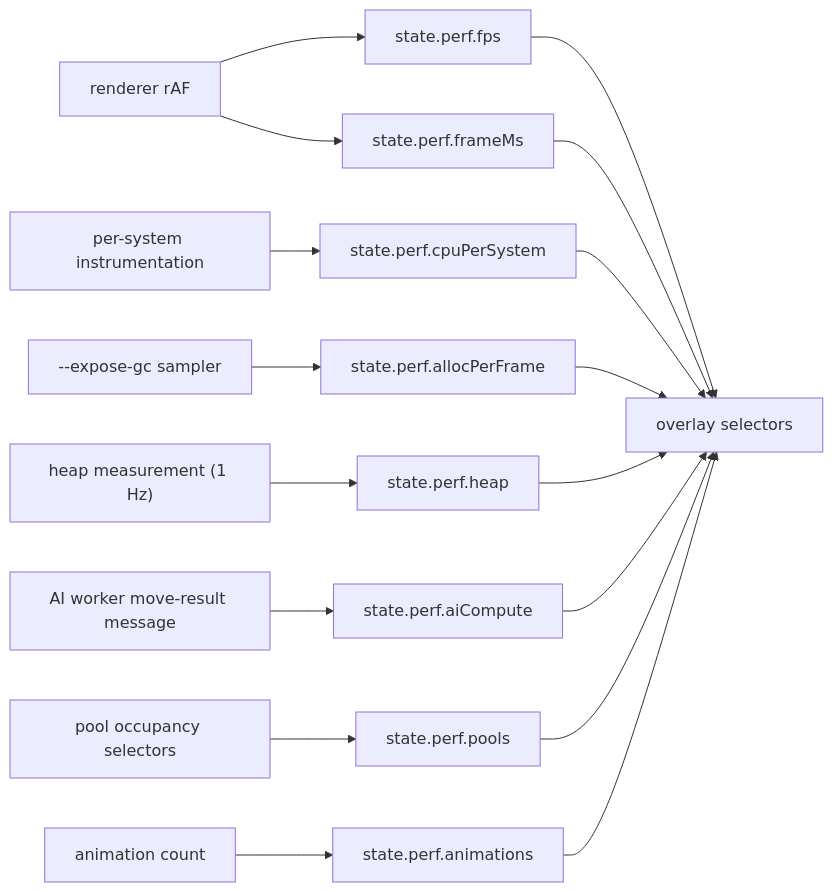
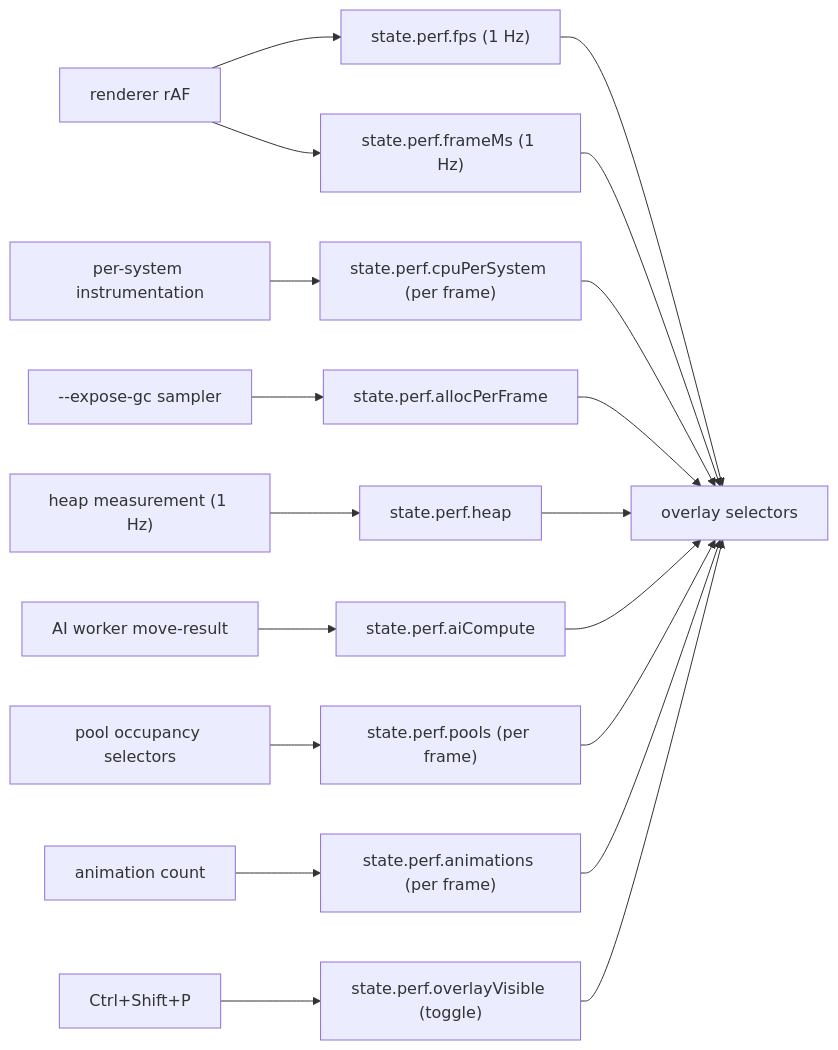
One commit to SunaNoOshiro/Heroes_Reforged_AI_Realms changed the third of 3 diagrams in docs/architecture/wiki/screens/68-dev-profiler/architecture.md. Above: the diagram before and after it, drawn with Mermaid. The commit also changed other lines of this file and 518 other files, not shown here.

First line of the commit message:
Add doc-audit skill and sweep architecture/screen docs

````diff
--- a/docs/architecture/wiki/screens/68-dev-profiler/architecture.md
+++ b/docs/architecture/wiki/screens/68-dev-profiler/architecture.md
@@ -47,19 +70,21 @@
 ```mermaid
 flowchart LR
-  RAF["renderer rAF"] --> Fps["state.perf.fps"]
-  RAF --> FrameMs["state.perf.frameMs"]
-  Instr["per-system instrumentation"] --> Cpu["state.perf.cpuPerSystem"]
+  RAF["renderer rAF"] --> Fps["state.perf.fps (1 Hz)"]
+  RAF --> FrameMs["state.perf.frameMs (1 Hz)"]
+  Instr["per-system instrumentation"] --> Cpu["state.perf.cpuPerSystem (per frame)"]
   GC["--expose-gc sampler"] --> Alloc["state.perf.allocPerFrame"]
-  Heap["heap measurement (1 Hz)"] --> HeapState["state.perf.heap"]
-  AiWorker["AI worker move-result message"] --> Ai["state.perf.aiCompute"]
-  Pools["pool occupancy selectors"] --> PoolState["state.perf.pools"]
-  Renderer["animation count"] --> Anim["state.perf.animations"]
+  HeapSampler["heap measurement (1 Hz)"] --> HeapState["state.perf.heap"]
+  AiWorker["AI worker move-result"] --> Ai["state.perf.aiCompute"]
+  Pools["pool occupancy selectors"] --> PoolState["state.perf.pools (per frame)"]
+  Renderer["animation count"] --> Anim["state.perf.animations (per frame)"]
+  Hotkey["Ctrl+Shift+P"] --> Vis["state.perf.overlayVisible (toggle)"]
   Fps --> Subs["overlay selectors"]
   FrameMs --> Subs
   Cpu --> Subs
   Alloc --> Subs
   HeapState --> Subs
   Ai --> Subs
   PoolState --> Subs
   Anim --> Subs
+  Vis --> Subs
 ```
````
